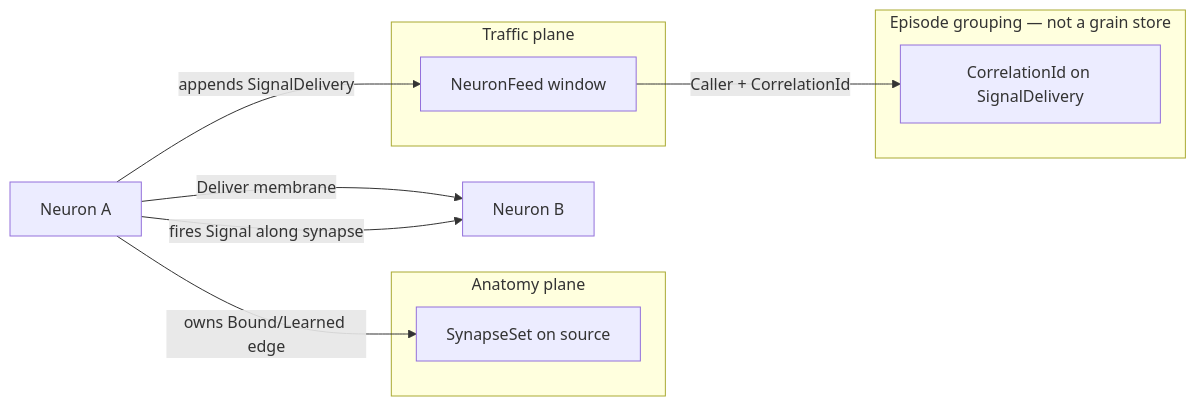
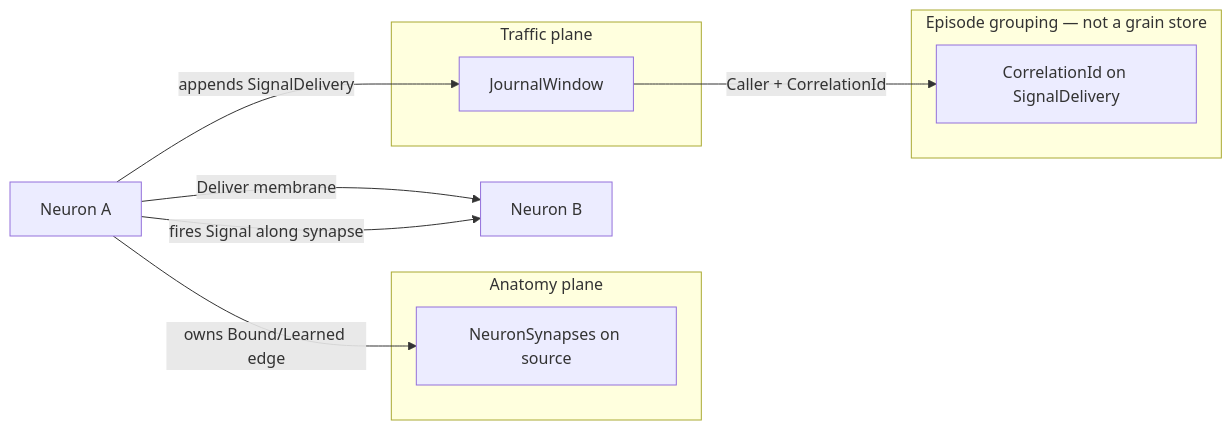
Before and after one commit to intochat/digitalbrain: the first of 3 diagrams in docs/superpowers/specs/2026-09-04-neuron-synapse-signal-research.md, drawn with Mermaid. The commit also changed other lines of this file and 117 other files, not shown here.

Commit message:
Fix graph ui

````diff
--- a/docs/superpowers/specs/2026-09-04-neuron-synapse-signal-research.md
+++ b/docs/superpowers/specs/2026-09-04-neuron-synapse-signal-research.md
@@ -117,17 +117,17 @@
 ```mermaid
 flowchart LR
   subgraph anatomy [Anatomy plane]
-    S["SynapseSet on source"]
+    S["NeuronSynapses on source"]
   end
   subgraph traffic [Traffic plane]
-    J["NeuronFeed window"]
+    J["JournalWindow"]
   end
   subgraph episode [Episode grouping — not a grain store]
     C["CorrelationId on SignalDelivery"]
   end
   N1["Neuron A"] -->|Deliver membrane| N2["Neuron B"]
   N1 -->|"owns Bound/Learned edge"| S
   N1 -->|"fires Signal along synapse"| N2
   N1 -->|"appends SignalDelivery"| J
   J -->|"Caller + CorrelationId"| C
 ```
````
